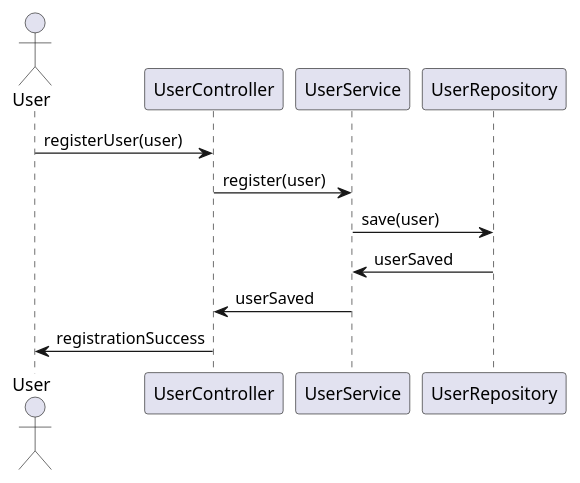
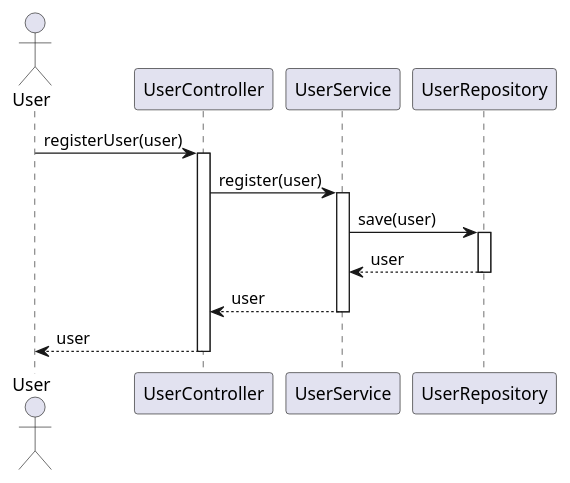
The first of 5 diagrams in identityprovider/documentation/detaileddesign.adoc (Dinesh-s95/AutoDoc.ai), drawn with PlantUML before and after one commit. The commit also changed other lines of this file and 2 other files, not shown here.

````diff
--- a/identityprovider/documentation/detaileddesign.adoc
+++ b/identityprovider/documentation/detaileddesign.adoc
@@ -174,15 +182,22 @@
-```plantuml
+[plantuml, user-registration-sequence, png]
+----
 @startuml
-actor "User" as user
-participant "UserController" as controller
-participant "UserService" as service
-participant "UserRepository" as repository
+actor User
+participant UserController
+participant UserService
+participant UserRepository
 
-user -> controller : registerUser(user)
-controller -> service : register(user)
-service -> repository : save(user)
-repository -> service : userSaved
-service -> controller : userSaved
-controller -> user : registrationSuccess
+User -> UserController : registerUser(user)
+activate UserController
+UserController -> UserService : register(user)
+activate UserService
+UserService -> UserRepository : save(user)
+activate UserRepository
+UserRepository --> UserService : user
+deactivate UserRepository
+UserService --> UserController : user
+deactivate UserService
+UserController --> User : user
+deactivate UserController
 @enduml
-```
+----
````
